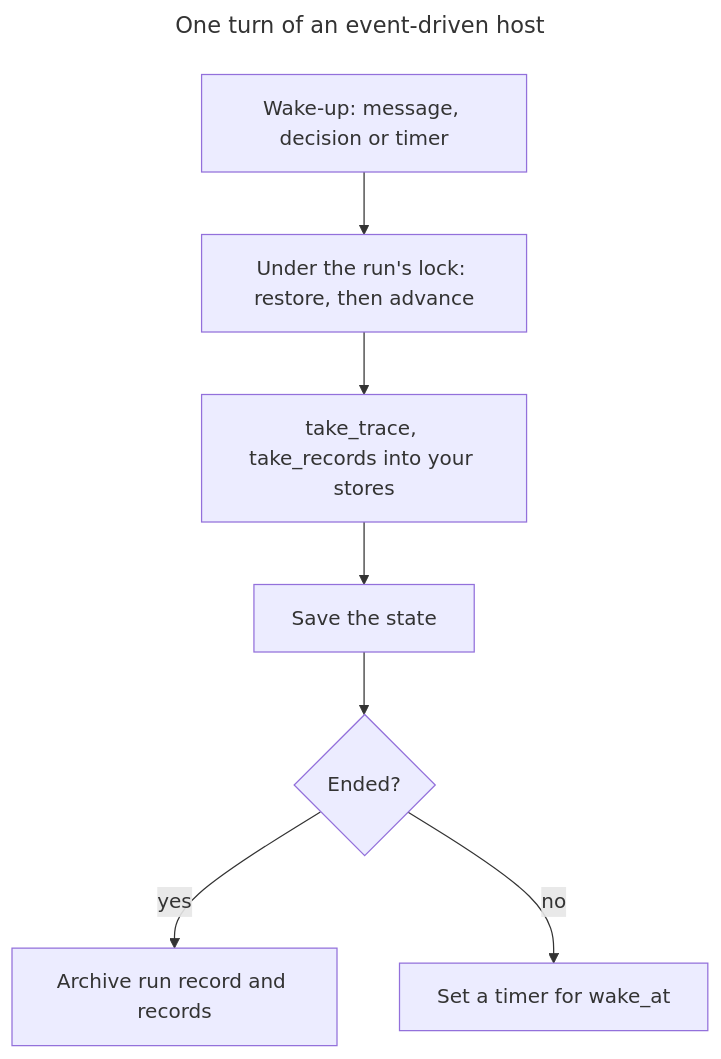
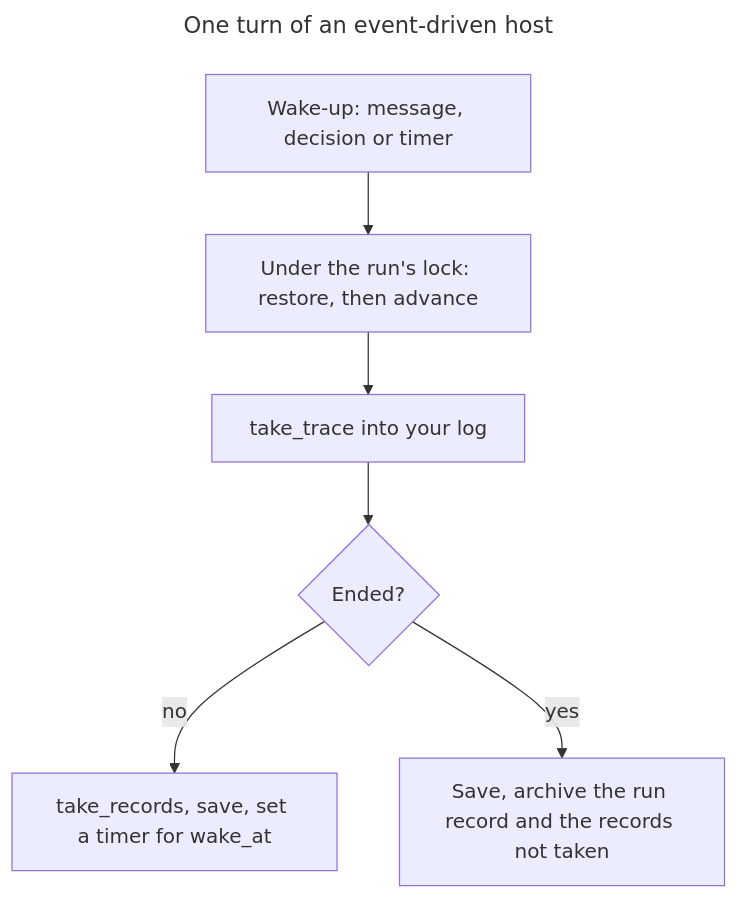
The seventh of 10 diagrams in docs/guides/RUNNING_WORKFLOWS.md (synaptiai/agent-capability-standard), drawn with Mermaid before and after one commit. The commit also changed other lines of this file and 57 other files, not shown here.

````diff
--- a/docs/guides/RUNNING_WORKFLOWS.md
+++ b/docs/guides/RUNNING_WORKFLOWS.md
@@ -476,13 +484,12 @@
 ```mermaid
 ---
 title: One turn of an event-driven host
 ---
 flowchart TB
-  accDescr: A wake-up (an inbound message, a decision or a timer) leads to a turn under the run's lock: restore the state, advance the run, take the trace and settled records into the host's stores, save the state, then archive the result if the run ended or set a timer for its wake-up time.
+  accDescr: A wake-up (an inbound message, a decision or a timer) leads to a turn under the run's lock: restore the state, advance the run and take the trace into the host's log; if the run has not ended, take its settled records into the host's store, save the state and set a timer for its wake-up time; if it ended, save the state and archive the result, whose records are those not taken before.
   wake["Wake-up: message, decision or timer"] --> turn["Under the run's lock: restore, then advance"]
-  turn --> take["take_trace, take_records into your stores"]
-  take --> save[Save the state]
-  save --> done{Ended?}
-  done -->|yes| arch["Archive run record and records"]
-  done -->|no| timer["Set a timer for wake_at"]
+  turn --> trace["take_trace into your log"]
+  trace --> done{Ended?}
+  done -->|no| timer["take_records, save, set a timer for wake_at"]
+  done -->|yes| arch["Save, archive the run record and the records not taken"]
 ```
````
